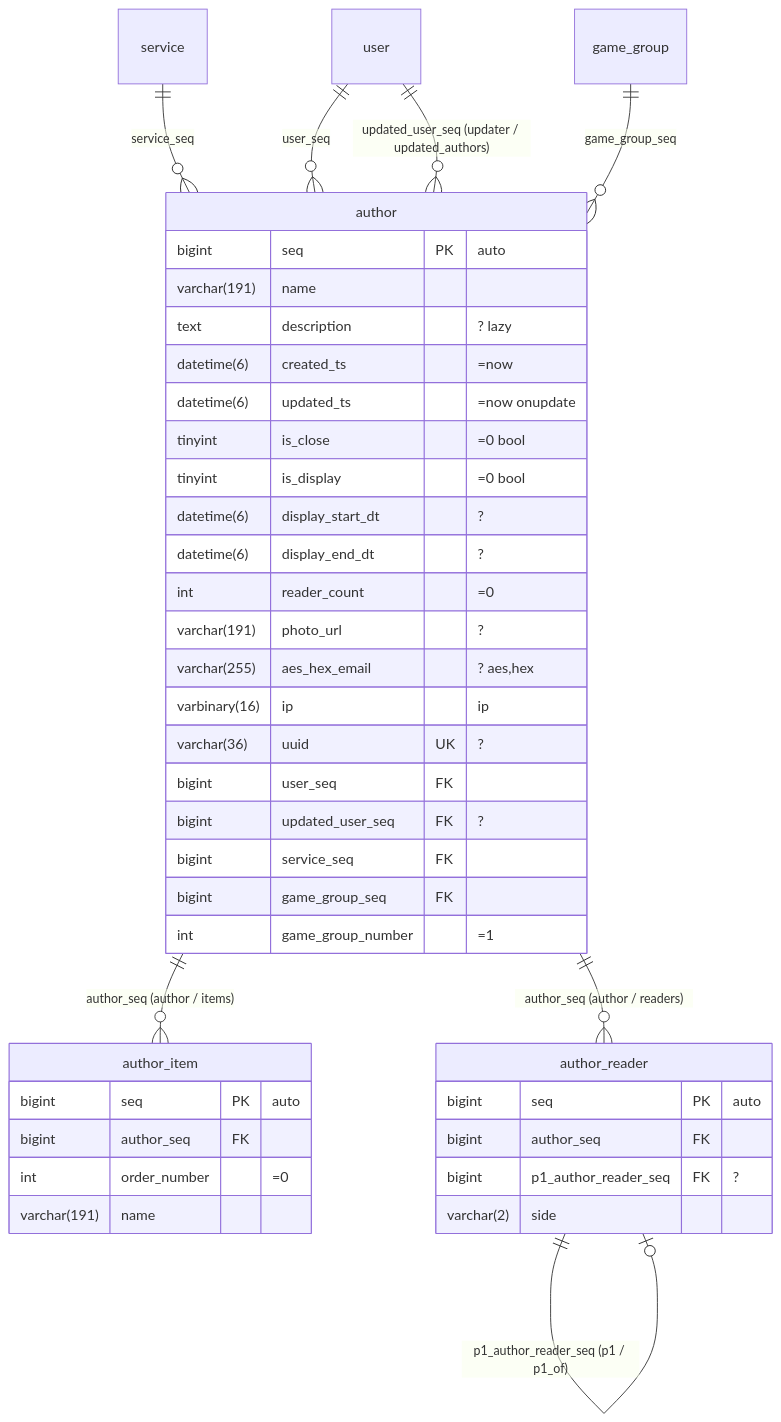
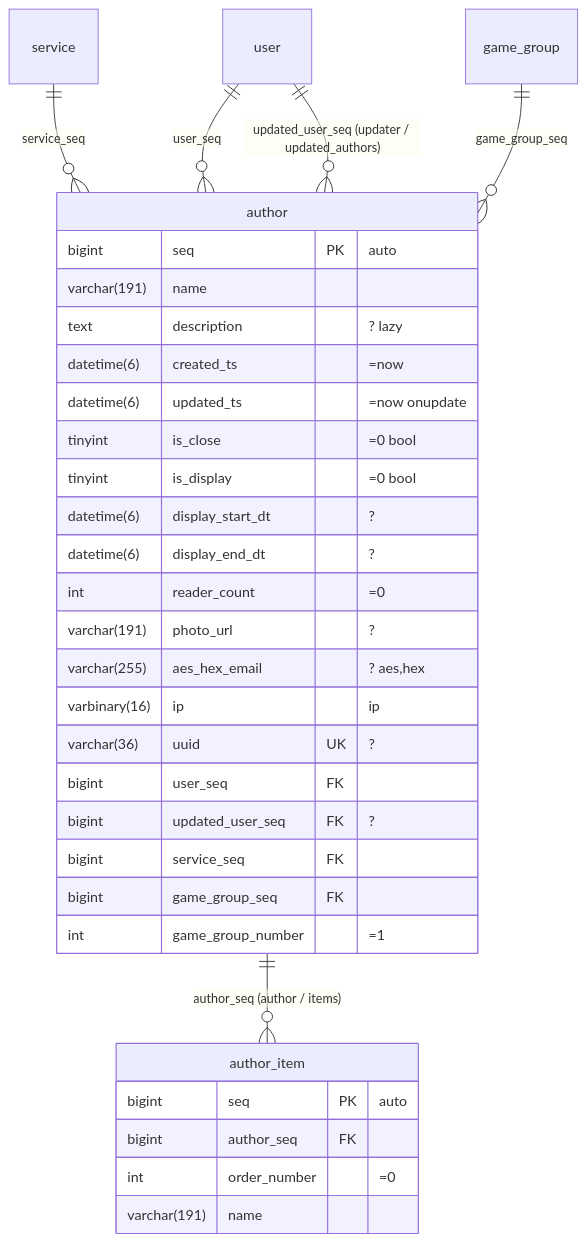
Before and after one commit to polyspec/orm: the diagram in docs/schema.ko.md, drawn with Mermaid. The commit also changed other lines of this file and 563 other files, not shown here.

````diff
--- a/docs/schema.ko.md
+++ b/docs/schema.ko.md
@@ -9,49 +8,40 @@
 ```mermaid
 erDiagram
   author {
     bigint       seq                 PK  "auto"
     varchar(191) name
     text         description             "? lazy"
     datetime(6)  created_ts              "=now"
     datetime(6)  updated_ts              "=now onupdate"
     tinyint      is_close                "=0 bool"
     tinyint      is_display              "=0 bool"
     datetime(6)  display_start_dt        "?"
     datetime(6)  display_end_dt          "?"
     int          reader_count            "=0"
     varchar(191) photo_url               "?"
     varchar(255) aes_hex_email           "? aes,hex"
     varbinary(16) ip                     "ip"
     varchar(36)  uuid                UK  "?"
     bigint       user_seq            FK
     bigint       updated_user_seq    FK  "?"
     bigint       service_seq         FK
     bigint       game_group_seq      FK
     int          game_group_number       "=1"
   }
   author_item {
     bigint  seq          PK "auto"
     bigint  author_seq   FK
     int     order_number    "=0"
     varchar(191) name
   }
-  author_reader {
-    bigint  seq                   PK "auto"
-    bigint  author_seq            FK
-    bigint  p1_author_reader_seq  FK "?"
-    varchar(2) side
-  }
 
   service       ||--o{ author        : service_seq
   user          ||--o{ author        : user_seq
   user          ||--o{ author        : "updated_user_seq (updater / updated_authors)"
   game_group    ||--o{ author        : game_group_seq
   author        ||--o{ author_item   : "author_seq (author / items)"
-  author        ||--o{ author_reader : "author_seq (author / readers)"
-  author_reader ||--o| author_reader : "p1_author_reader_seq (p1 / p1_of)"
 
   %% unique   author (game_group_seq, game_group_number)
-  %% index    author (service_seq, is_close)              ik
+  %% index    author (service_seq, is_close)              ix_service
   %% fulltext author (name, description)
-  %% scope author service_seq
 ```
````
